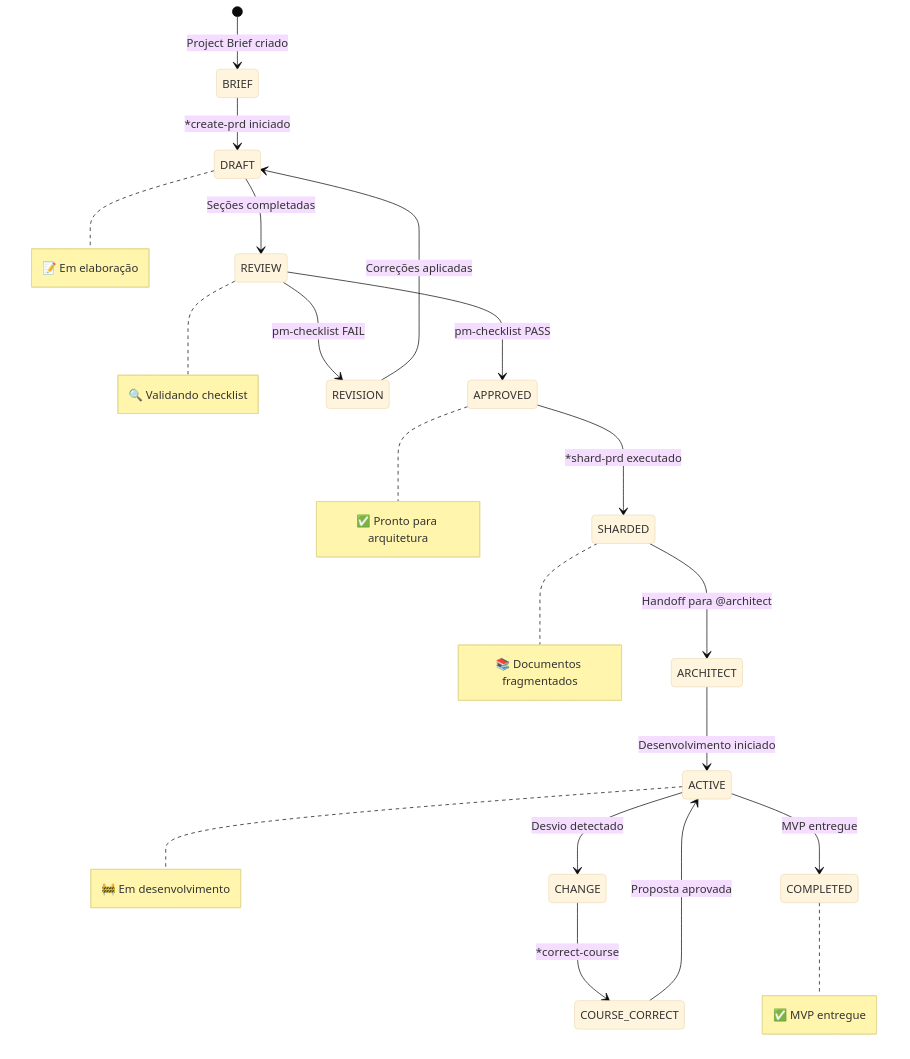
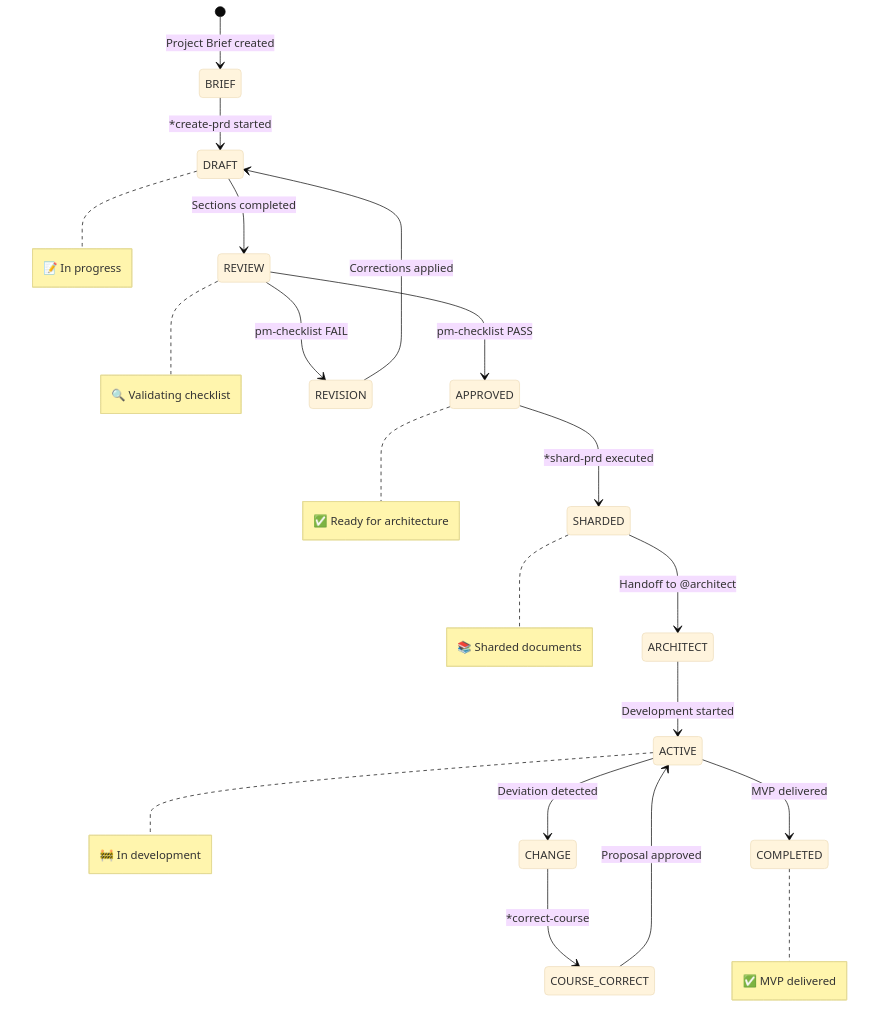
One commit to CyryxLabs/AEXOS changed the fourth of 8 diagrams in docs/guides/agents/PM-SYSTEM.md. Above: the diagram before and after it, drawn with Mermaid (base theme). The commit also changed other lines of this file and 528 other files, not shown here.

````diff
--- a/docs/guides/agents/PM-SYSTEM.md
+++ b/docs/guides/agents/PM-SYSTEM.md
@@ -216,28 +216,28 @@
 ```mermaid
 stateDiagram-v2
-    [*] --> BRIEF: Project Brief criado
+    [*] --> BRIEF: Project Brief created
 
-    BRIEF --> DRAFT: *create-prd iniciado
-    DRAFT --> REVIEW: Seções completadas
+    BRIEF --> DRAFT: *create-prd started
+    DRAFT --> REVIEW: Sections completed
 
     REVIEW --> APPROVED: pm-checklist PASS
     REVIEW --> REVISION: pm-checklist FAIL
-    REVISION --> DRAFT: Correções aplicadas
+    REVISION --> DRAFT: Corrections applied
 
-    APPROVED --> SHARDED: *shard-prd executado
-    SHARDED --> ARCHITECT: Handoff para @architect
+    APPROVED --> SHARDED: *shard-prd executed
+    SHARDED --> ARCHITECT: Handoff to @architect
 
-    ARCHITECT --> ACTIVE: Desenvolvimento iniciado
-    ACTIVE --> CHANGE: Desvio detectado
+    ARCHITECT --> ACTIVE: Development started
+    ACTIVE --> CHANGE: Deviation detected
     CHANGE --> COURSE_CORRECT: *correct-course
-    COURSE_CORRECT --> ACTIVE: Proposta aprovada
+    COURSE_CORRECT --> ACTIVE: Proposal approved
 
-    ACTIVE --> COMPLETED: MVP entregue
+    ACTIVE --> COMPLETED: MVP delivered
 
-    note right of DRAFT: 📝 Em elaboração
-    note right of REVIEW: 🔍 Validando checklist
-    note right of APPROVED: ✅ Pronto para arquitetura
-    note right of SHARDED: 📚 Documentos fragmentados
-    note right of ACTIVE: 🚧 Em desenvolvimento
-    note right of COMPLETED: ✅ MVP entregue
+    note right of DRAFT: 📝 In progress
+    note right of REVIEW: 🔍 Validating checklist
+    note right of APPROVED: ✅ Ready for architecture
+    note right of SHARDED: 📚 Sharded documents
+    note right of ACTIVE: 🚧 In development
+    note right of COMPLETED: ✅ MVP delivered
 ```
````
